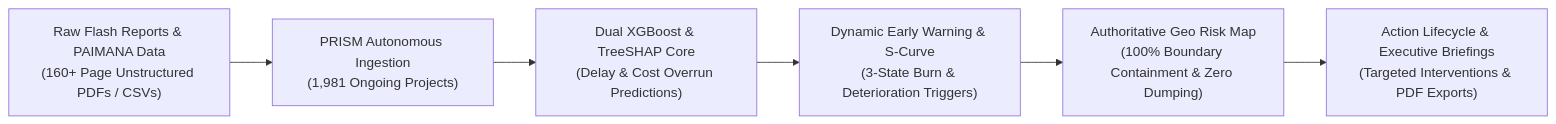
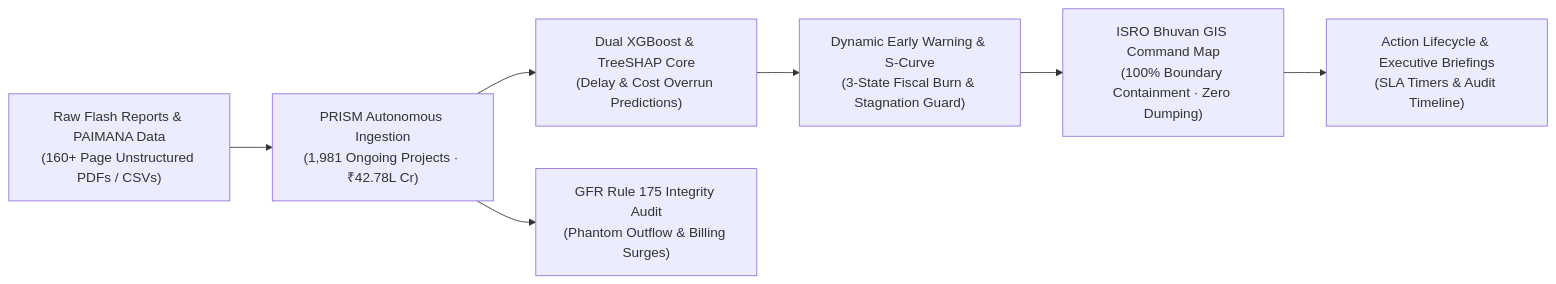
One commit to vedant1506/SIH-26 changed the first of 4 diagrams in README.md. Above: the diagram before and after it, drawn with Mermaid. The commit also changed other lines of this file, not shown here.

Commit message:
docs: update README with current project dataset, GFR-175 compliance, Bhuvan GIS, and File Analysis Hub parity

````diff
--- a/README.md
+++ b/README.md
@@ -30,8 +33,9 @@
 ```mermaid
 flowchart LR
-    A["Raw Flash Reports & PAIMANA Data\n(160+ Page Unstructured PDFs / CSVs)"] --> B["PRISM Autonomous Ingestion\n(1,981 Ongoing Projects)"]
+    A["Raw Flash Reports & PAIMANA Data\n(160+ Page Unstructured PDFs / CSVs)"] --> B["PRISM Autonomous Ingestion\n(1,981 Ongoing Projects · ₹42.78L Cr)"]
     B --> C["Dual XGBoost & TreeSHAP Core\n(Delay & Cost Overrun Predictions)"]
-    C --> D["Dynamic Early Warning & S-Curve\n(3-State Burn & Deterioration Triggers)"]
-    D --> E["Authoritative Geo Risk Map\n(100% Boundary Containment & Zero Dumping)"]
-    E --> F["Action Lifecycle & Executive Briefings\n(Targeted Interventions & PDF Exports)"]
+    B --> G["GFR Rule 175 Integrity Audit\n(Phantom Outflow & Billing Surges)"]
+    C --> D["Dynamic Early Warning & S-Curve\n(3-State Fiscal Burn & Stagnation Guard)"]
+    D --> E["ISRO Bhuvan GIS Command Map\n(100% Boundary Containment · Zero Dumping)"]
+    E --> F["Action Lifecycle & Executive Briefings\n(SLA Timers & Audit Timeline)"]
 ```
````
